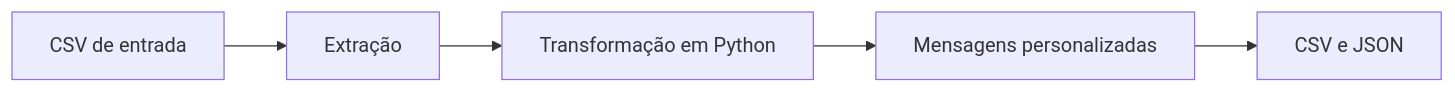
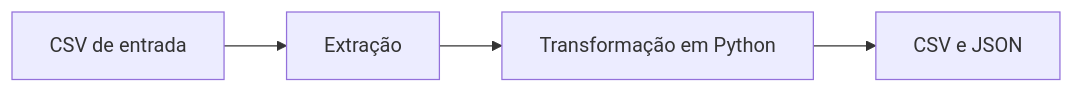
The diagram in README.md (geovannasilva15/Etl-python-ia), drawn with Mermaid before and after one commit. The commit also changed other lines of this file and 11 other files, not shown here.

````diff
--- a/README.md
+++ b/README.md
@@ -26,7 +7,6 @@
 ```mermaid
 flowchart LR
-    A[CSV de entrada] --> B[Extração]
-    B --> C[Transformação em Python]
-    C --> D[Mensagens personalizadas]
-    D --> E[CSV e JSON]
+    CSV[CSV de entrada] --> EX[Extração]
+    EX --> TR[Transformação em Python]
+    TR --> OUT[CSV e JSON]
 ```
````
